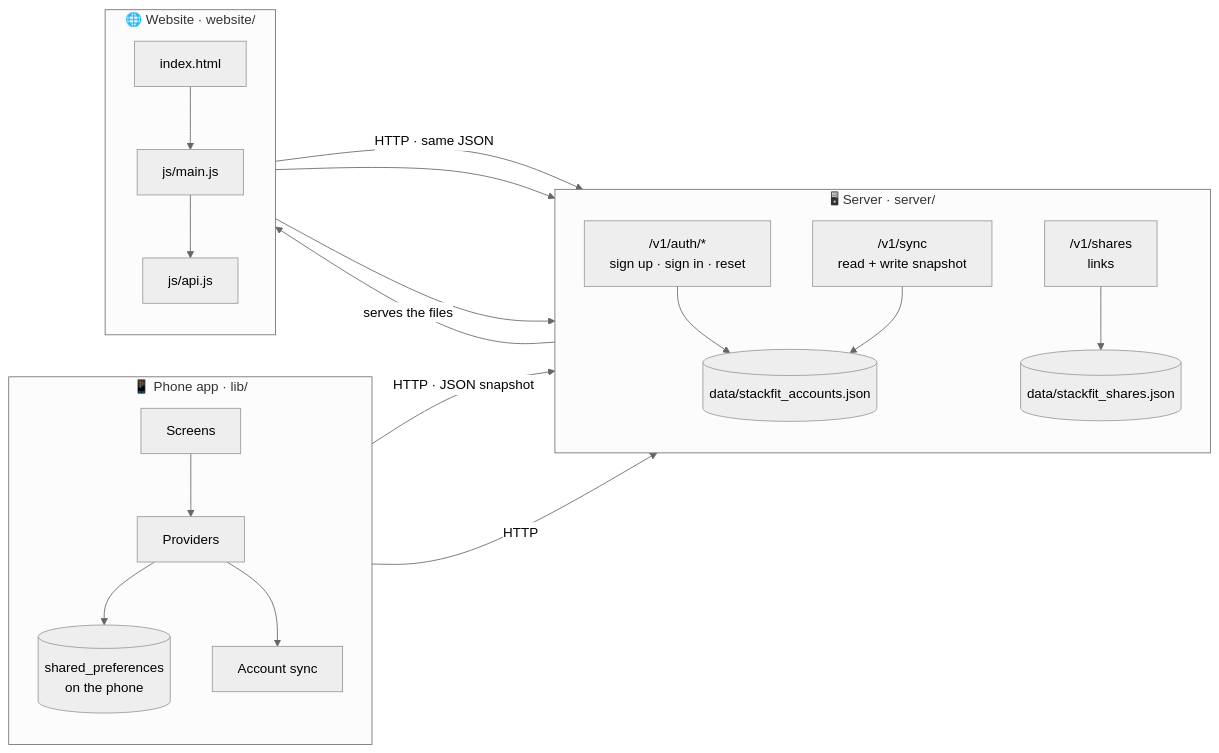
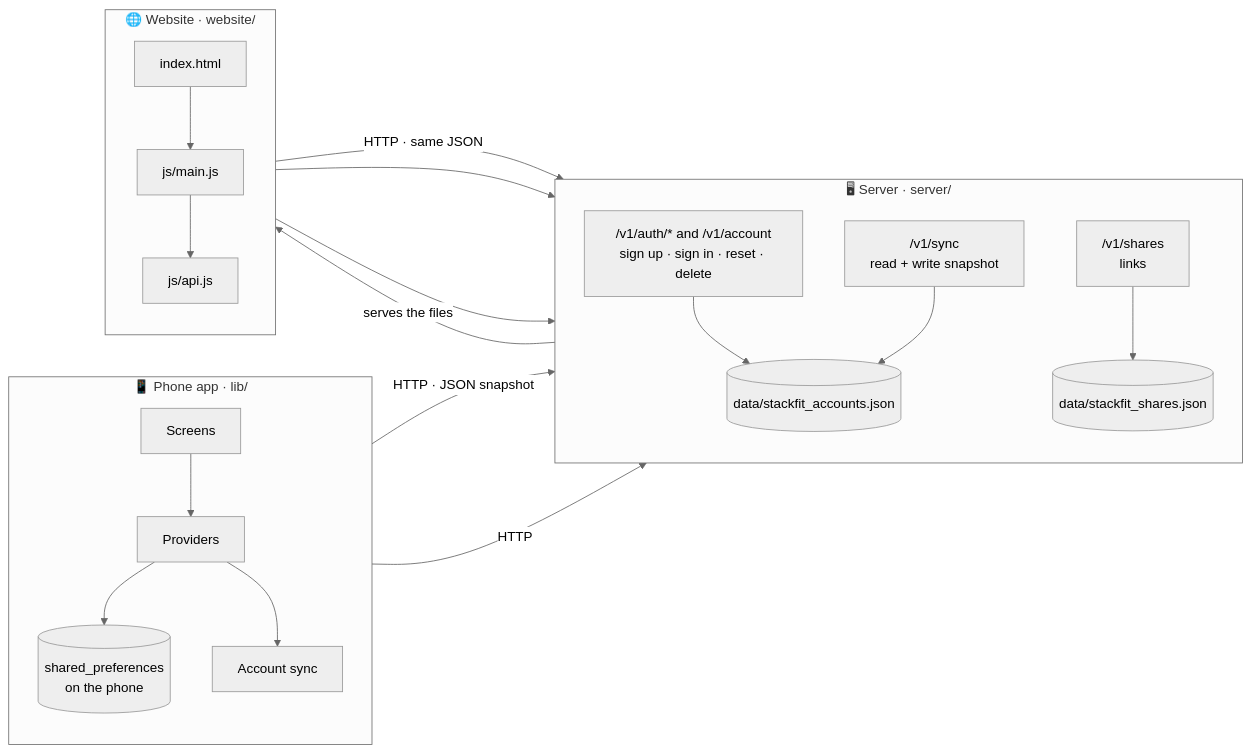
One commit to kuikai/stackfit changed the first of 6 diagrams in GUIDE.md. Above: the diagram before and after it, drawn with Mermaid (neutral theme). The commit also changed other lines of this file and 13 other files, not shown here.

````diff
--- a/GUIDE.md
+++ b/GUIDE.md
@@ -15,39 +15,39 @@
 ```mermaid
 flowchart LR
   subgraph Phone["📱 Phone app · lib/"]
     direction TB
     A1[Screens]
     A2[Providers]
     A3[Account sync]
     A4[(shared_preferences<br/>on the phone)]
     A1 --> A2 --> A4
     A2 --> A3
   end
 
   subgraph Server["🖥 Server · server/"]
     direction TB
-    B1["/v1/auth/*<br/>sign up · sign in · reset"]
+    B1["/v1/auth/* and /v1/account<br/>sign up · sign in · reset · delete"]
     B2["/v1/sync<br/>read + write snapshot"]
     B3["/v1/shares<br/>links"]
     B4[(data/stackfit_accounts.json)]
     B5[(data/stackfit_shares.json)]
     B1 --> B4
     B2 --> B4
     B3 --> B5
   end
 
   subgraph Web["🌐 Website · website/"]
     direction TB
     C1[index.html]
     C2[js/main.js]
     C3[js/api.js]
     C1 --> C2 --> C3
   end
 
   A3 -- "HTTP · JSON snapshot" --> B2
   A3 -- "HTTP" --> B1
   C3 -- "HTTP · same JSON" --> B1
   C3 --> B2
   C3 --> B3
   Server -- "serves the files" --> Web
 ```
````
